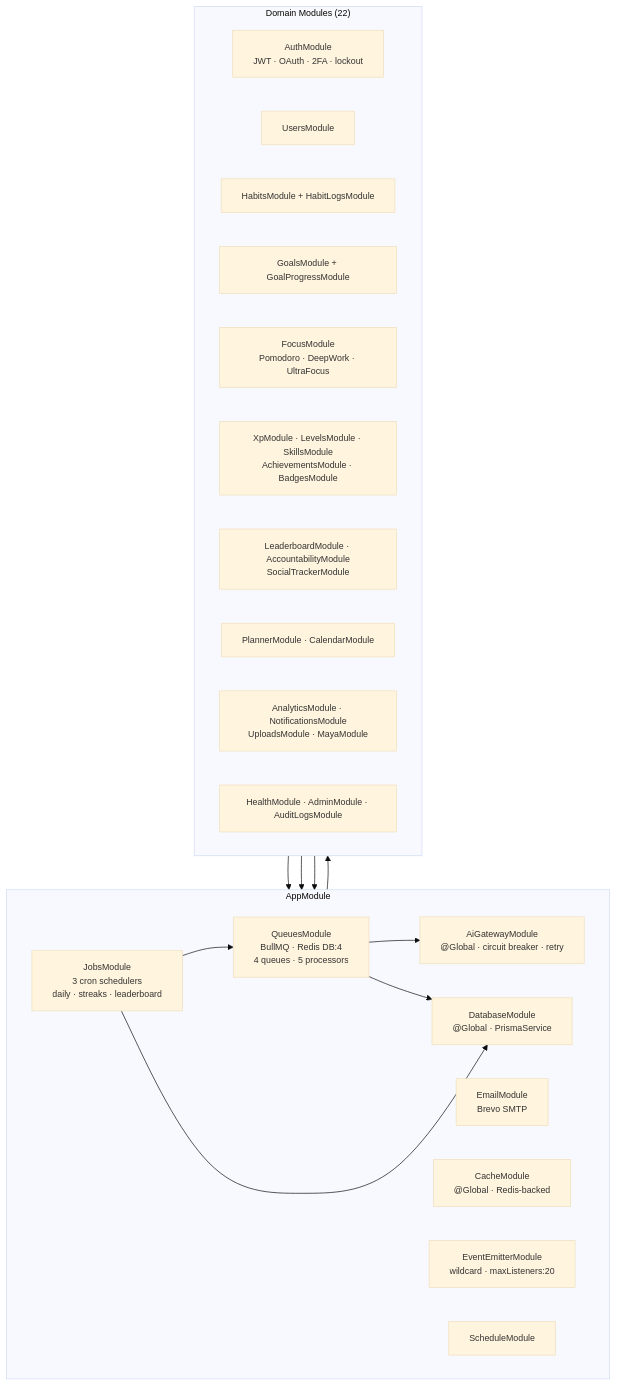
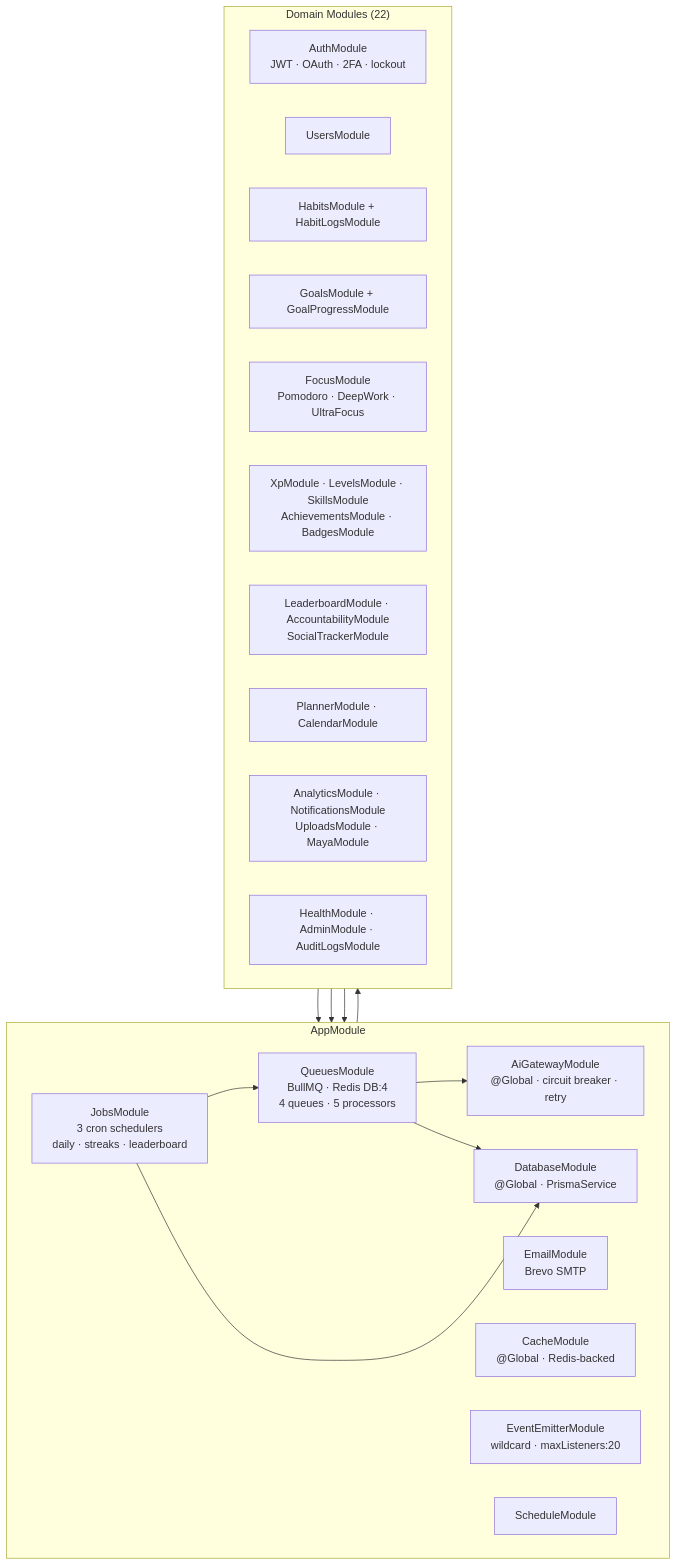
Before and after one commit to EddyKilonzo/Ascend: the second of 5 diagrams in backend/README.md, drawn with Mermaid. The commit also changed other lines of this file and 1 other file, not shown here.

Commit message:
[added]: system structure diagrams

````diff
--- a/backend/README.md
+++ b/backend/README.md
@@ -77,38 +76,37 @@
 ```mermaid
-%%{init: {'theme': 'base', 'themeVariables': {'fontSize': '13px'}}}%%
 flowchart TD
     subgraph Root["AppModule"]
         direction LR
         DB["DatabaseModule\n@Global · PrismaService"]
         EM["EmailModule\nBrevo SMTP"]
         AGW["AiGatewayModule\n@Global · circuit breaker · retry"]
         QM["QueuesModule\nBullMQ · Redis DB:4\n4 queues · 5 processors"]
         JM["JobsModule\n3 cron schedulers\ndaily · streaks · leaderboard"]
         CM["CacheModule\n@Global · Redis-backed"]
         EVT["EventEmitterModule\nwildcard · maxListeners:20"]
         SCH["ScheduleModule"]
     end
 
     subgraph Domain["Domain Modules (22)"]
         direction LR
         Auth["AuthModule\nJWT · OAuth · 2FA · lockout"]
         Users["UsersModule"]
         Habits["HabitsModule + HabitLogsModule"]
         Goals["GoalsModule + GoalProgressModule"]
         Focus["FocusModule\nPomodoro · DeepWork · UltraFocus"]
         Gamification["XpModule · LevelsModule · SkillsModule\nAchievementsModule · BadgesModule"]
         Social["LeaderboardModule · AccountabilityModule\nSocialTrackerModule"]
         Content["PlannerModule · CalendarModule"]
         Platform["AnalyticsModule · NotificationsModule\nUploadsModule · MayaModule"]
         Infra["HealthModule · AdminModule · AuditLogsModule"]
     end
 
     Root --> Domain
     QM --> AGW
     QM --> DB
     JM --> QM
     JM --> DB
     Platform --> AGW
     Platform --> QM
     Domain --> DB
 ```
````
